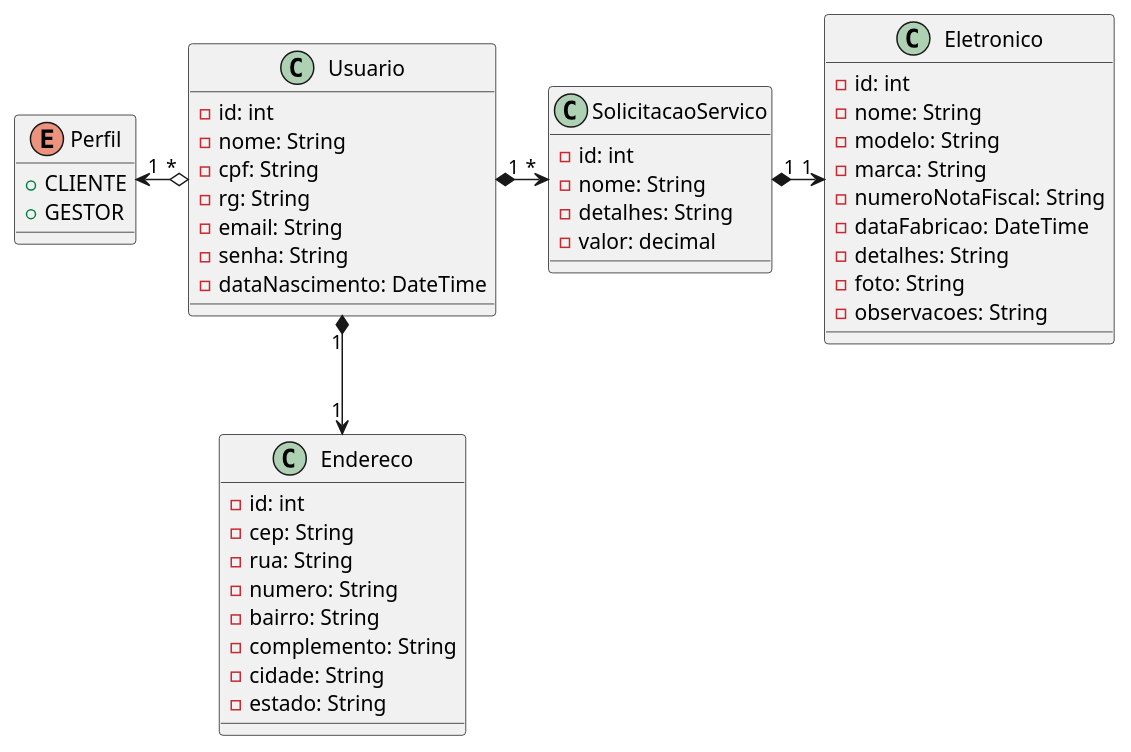
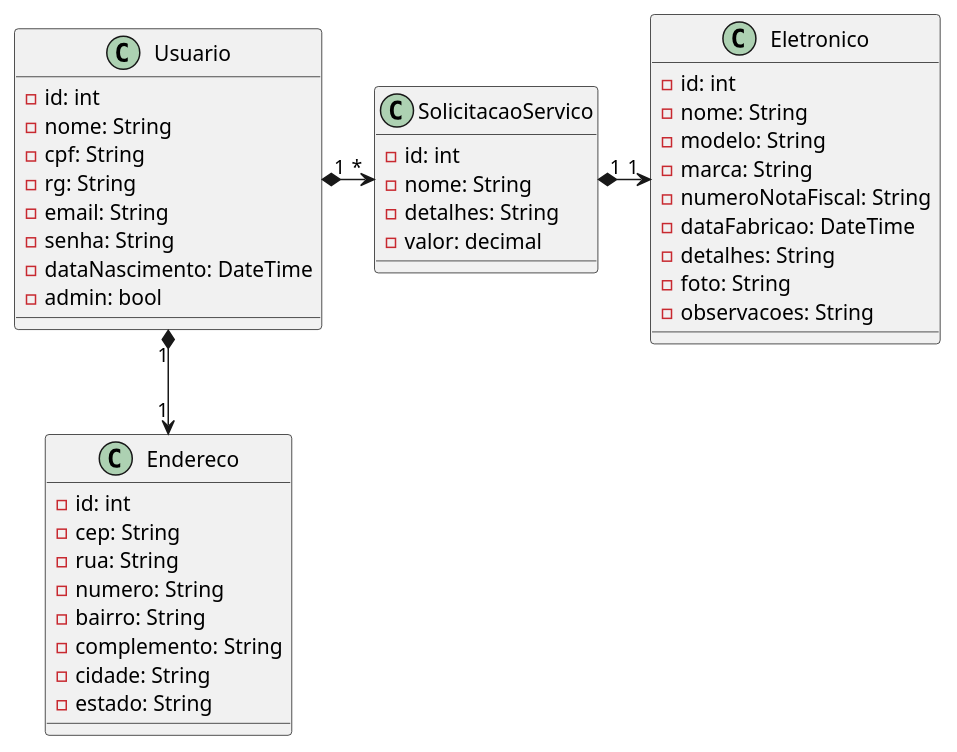
One commit to luan-coelho/fortech-tp3a1 changed the diagram in diagrama de classes.plantuml. Above: the diagram before and after it, drawn with PlantUML. The commit also changed 24 other files, not shown here.

```diff
--- a/diagrama de classes.plantuml
+++ b/diagrama de classes.plantuml
@@ -1,53 +1,48 @@
 @startuml Fortech - Sistema de gestão de Manutenção de eletrônicos
 
 class Usuario {
     - id: int
     - nome: String
     - cpf: String
     - rg: String
     - email: String
     - senha: String
     - dataNascimento: DateTime
-}
-
-enum Perfil {
-    + CLIENTE
-    + GESTOR
+    - admin: bool
 }
 
 class Endereco {
     - id: int
     - cep: String
     - rua: String
     - numero: String
     - bairro: String
     - complemento: String
     - cidade: String
     - estado: String
 }
 
 class SolicitacaoServico {
     - id: int
     - nome: String
     - detalhes: String
     - valor: decimal
 }
 
 class Eletronico {
     - id: int
     - nome: String
     - modelo: String
     - marca: String
     - numeroNotaFiscal: String
     - dataFabricao: DateTime
     - detalhes: String
     - foto: String
     - observacoes: String
 }
 
-Usuario "*" o-left-> "1" Perfil
 Usuario "1" *-down-> "1" Endereco
 Usuario "1" *-> "*" SolicitacaoServico
 SolicitacaoServico "1" *-> "1" Eletronico
 
 @enduml
```
